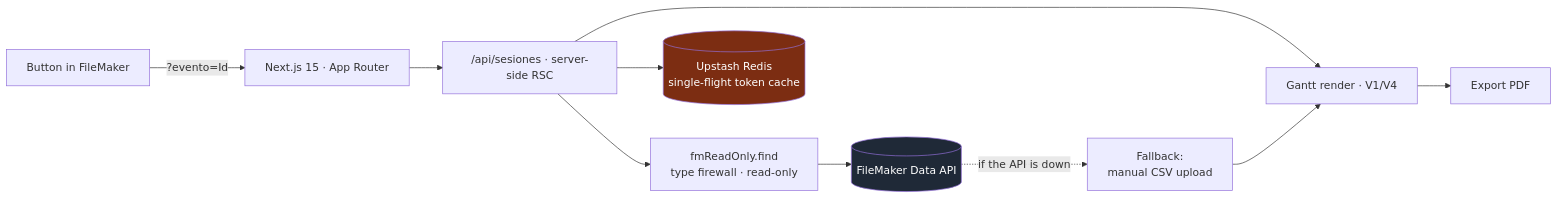
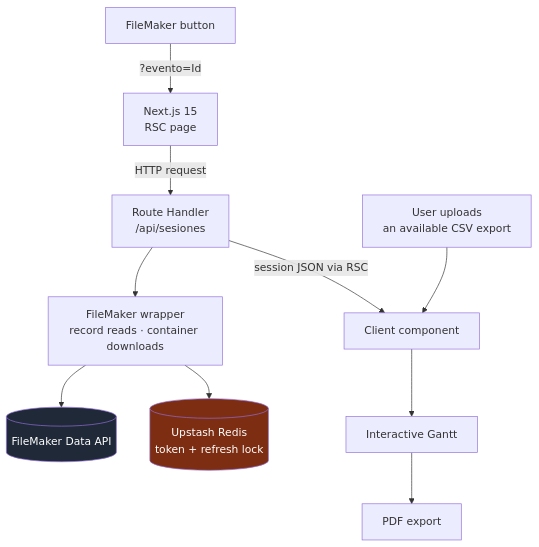
One commit to aleglope/production-systems-case-studies changed the diagram in projects/schedule-builder.md. Above: the diagram before and after it, drawn with Mermaid. The commit also changed other lines of this file and 25 other files, not shown here.

````diff
--- a/projects/schedule-builder.md
+++ b/projects/schedule-builder.md
@@ -21,16 +27,15 @@
 ```mermaid
-flowchart LR
-    BTN["Button in FileMaker"] -- "?evento=Id" --> APP["Next.js 15 · App Router"]
-    APP --> API["/api/sesiones · server-side RSC"]
-    API --> FMRO["fmReadOnly.find<br/>type firewall · read-only"]
+flowchart TB
+    BTN["FileMaker button"] -- "?evento=Id" --> RSC["Next.js 15<br/>RSC page"]
+    RSC -- "HTTP request" --> API["Route Handler<br/>/api/sesiones"]
+    API --> FMRO["FileMaker wrapper<br/>record reads · container downloads"]
     FMRO --> FM[("FileMaker Data API")]
-    API --> CACHE[("Upstash Redis<br/>single-flight token cache")]
-    API --> GANTT["Gantt render · V1/V4"]
-    GANTT --> PDF["Export PDF"]
-
-    FM -. "if the API is down" .-> CSV["Fallback:<br/>manual CSV upload"]
-    CSV --> GANTT
+    FMRO --> CACHE[("Upstash Redis<br/>token + refresh lock")]
+    API -- "session JSON via RSC" --> CLIENT["Client component"]
+    CSV["User uploads<br/>an available CSV export"] --> CLIENT
+    CLIENT --> GANTT["Interactive Gantt"]
+    GANTT --> PDF["PDF export"]
 
     style FM fill:#1f2937,color:#fff
     style CACHE fill:#7c2d12,color:#fff
 ```
````
